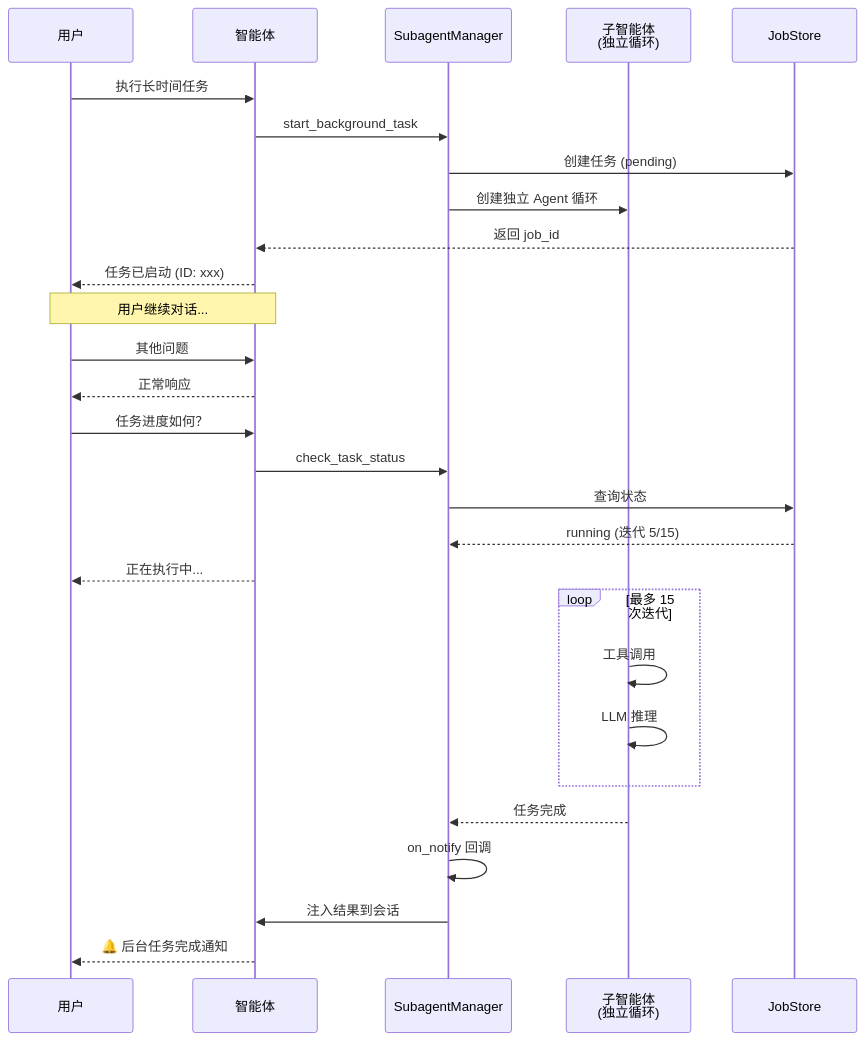
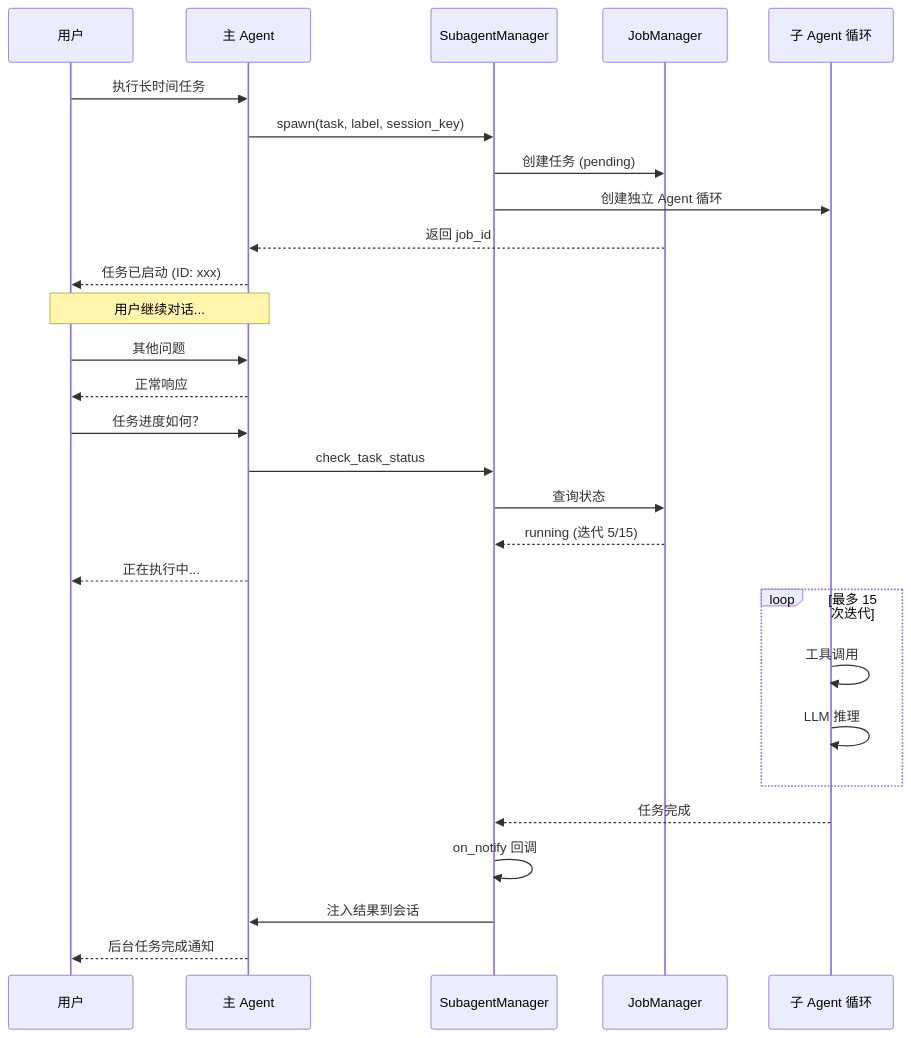
One commit to zhangjingyuan177-hue/FinchBot changed diagram 12 of 20 in docs/zh-CN/architecture.md. Above: the diagram before and after it, drawn with Mermaid. The commit also changed other lines of this file and 54 other files, not shown here.

````diff
--- a/docs/zh-CN/architecture.md
+++ b/docs/zh-CN/architecture.md
@@ -963,36 +1013,36 @@
 ```mermaid
 sequenceDiagram
     participant U as 用户
-    participant A as 智能体
+    participant A as 主 Agent
     participant SM as SubagentManager
-    participant SA as 子智能体<br/>(独立循环)
-    participant JS as JobStore
+    participant JM as JobManager
+    participant SA as 子 Agent 循环
 
     U->>A: 执行长时间任务
-    A->>SM: start_background_task
-    SM->>JS: 创建任务 (pending)
+    A->>SM: spawn(task, label, session_key)
+    SM->>JM: 创建任务 (pending)
     SM->>SA: 创建独立 Agent 循环
-    JS-->>A: 返回 job_id
+    JM-->>A: 返回 job_id
     A-->>U: 任务已启动 (ID: xxx)
     
     Note over U,A: 用户继续对话...
     
     U->>A: 其他问题
     A-->>U: 正常响应
     
     U->>A: 任务进度如何？
     A->>SM: check_task_status
-    SM->>JS: 查询状态
-    JS-->>SM: running (迭代 5/15)
+    SM->>JM: 查询状态
+    JM-->>SM: running (迭代 5/15)
     A-->>U: 正在执行中...
     
     loop 最多 15 次迭代
         SA->>SA: 工具调用
         SA->>SA: LLM 推理
     end
     
     SA-->>SM: 任务完成
     SM->>SM: on_notify 回调
     SM->>A: 注入结果到会话
-    A-->>U: 🔔 后台任务完成通知
+    A-->>U: 后台任务完成通知
 ```
````
